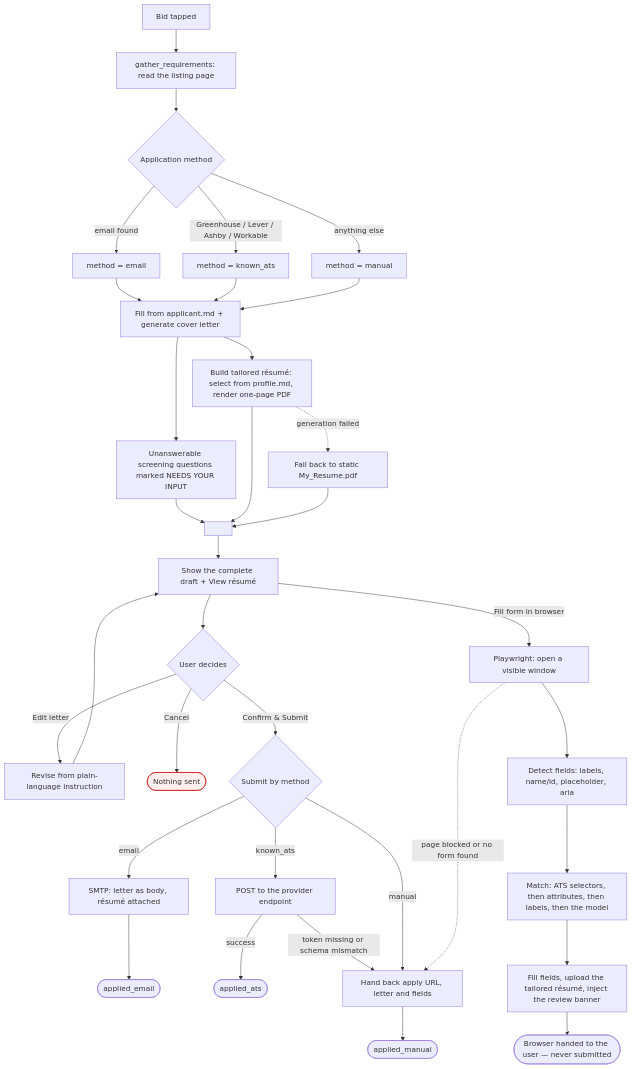
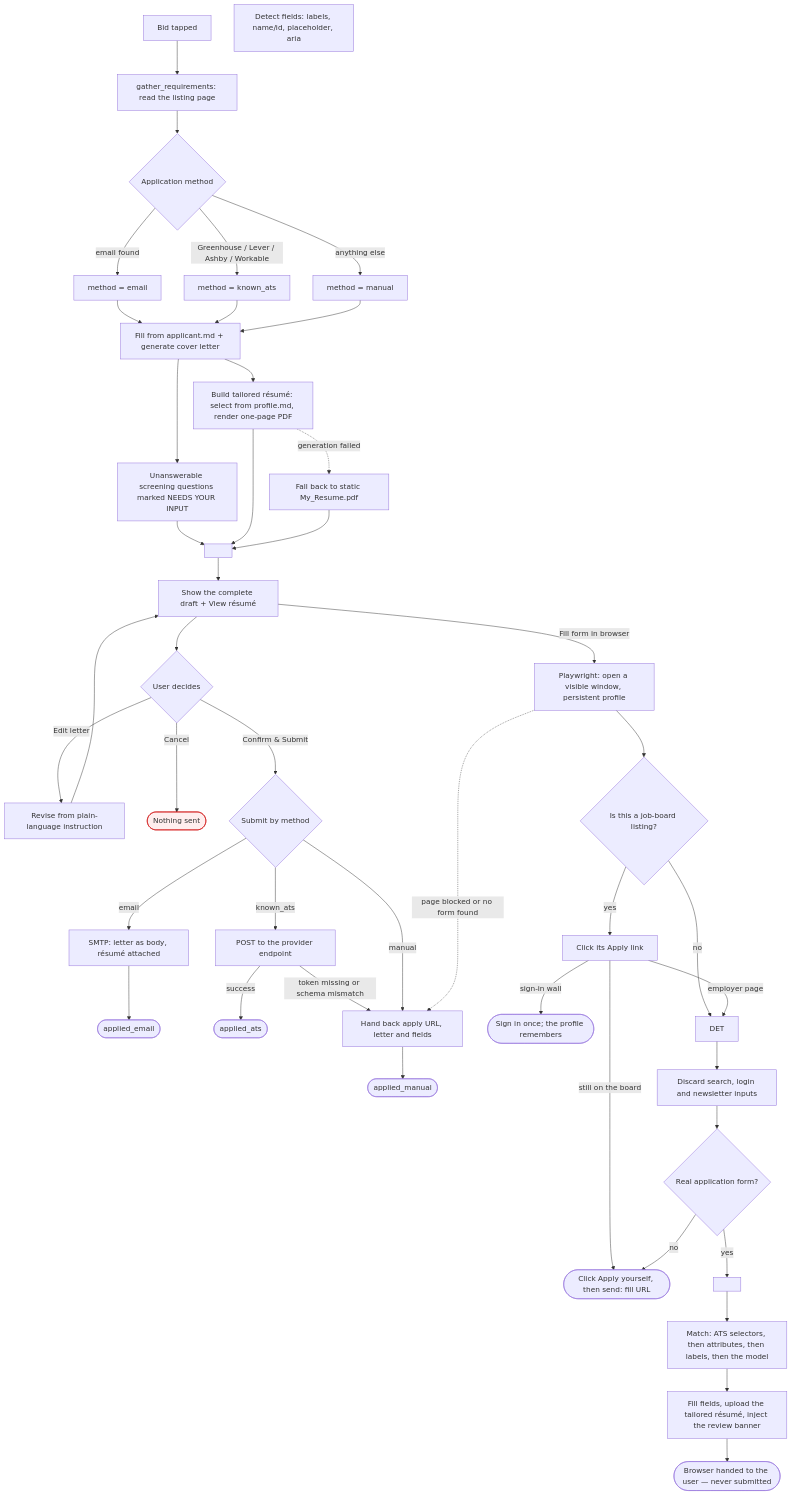
The second of 6 diagrams in docs/architecture.md (HamedEzzu/bidwatch), drawn with Mermaid before and after one commit. The commit also changed 7 other files, not shown here.

First line of the commit message:
Do not mistake a job board's listing page for an application form

````diff
--- a/docs/architecture.md
+++ b/docs/architecture.md
@@ -46,39 +46,49 @@
 ```mermaid
 flowchart TD
     T[Bid tapped] --> R[gather_requirements: read the listing page]
     R --> C{Application method}
     C -->|email found| E[method = email]
     C -->|Greenhouse / Lever / Ashby / Workable| A[method = known_ats]
     C -->|anything else| M[method = manual]
 
     E --> F[Fill from applicant.md + generate cover letter]
     A --> F
     M --> F
     F --> RES[Build tailored résumé: select from profile.md, render one-page PDF]
     RES -.->|generation failed| STATIC[Fall back to static My_Resume.pdf]
     F --> QQ2[Unanswerable screening questions marked NEEDS YOUR INPUT]
     QQ2 --> QQ[ ]
     RES --> QQ
     STATIC --> QQ
     QQ --> D[Show the complete draft + View résumé]
 
     D --> B{User decides}
     B -->|Edit letter| ED[Revise from plain-language instruction] --> D
     B -->|Cancel| X([Nothing sent])
     B -->|Confirm & Submit| S{Submit by method}
 
     S -->|email| SM[SMTP: letter as body, résumé attached] --> OK1([applied_email])
     S -->|known_ats| AT[POST to the provider endpoint]
     AT -->|success| OK2([applied_ats])
     AT -->|token missing or schema mismatch| MH
     S -->|manual| MH[Hand back apply URL, letter and fields] --> OK3([applied_manual])
 
-    D -->|Fill form in browser| FF[Playwright: open a visible window]
-    FF --> DET[Detect fields: labels, name/id, placeholder, aria]
-    DET --> MAP[Match: ATS selectors, then attributes, then labels, then the model]
+    D -->|Fill form in browser| FF[Playwright: open a visible window, persistent profile]
+    FF --> BOARD{Is this a job-board listing?}
+    BOARD -->|yes| AP[Click its Apply link]
+    AP -->|sign-in wall| SI([Sign in once; the profile remembers])
+    AP -->|still on the board| ASK([Click Apply yourself, then send: fill URL])
+    BOARD -->|no| DET
+    AP -->|employer page| DET
+    DET --> CHROME[Discard search, login and newsletter inputs]
+    CHROME --> ISFORM{Real application form?}
+    ISFORM -->|no| ASK
+    ISFORM -->|yes| MAP2[ ]
+    DET2[Detect fields: labels, name/id, placeholder, aria]
+    MAP2 --> MAP[Match: ATS selectors, then attributes, then labels, then the model]
     MAP --> FILL[Fill fields, upload the tailored résumé, inject the review banner]
     FILL --> HAND([Browser handed to the user — never submitted])
     FF -.->|page blocked or no form found| MH
 
     style X fill:#fee,stroke:#c00
 ```
````
